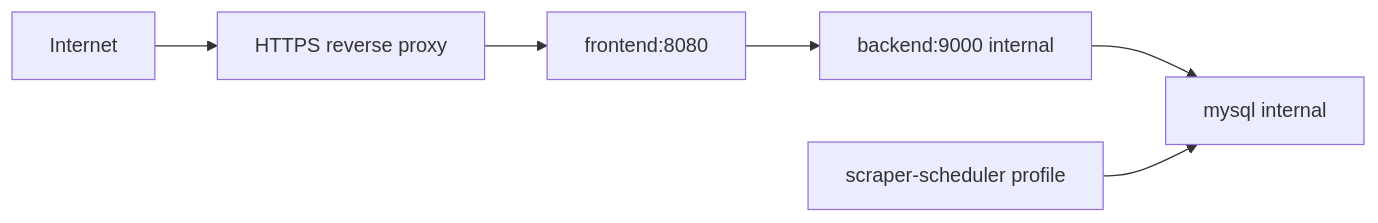
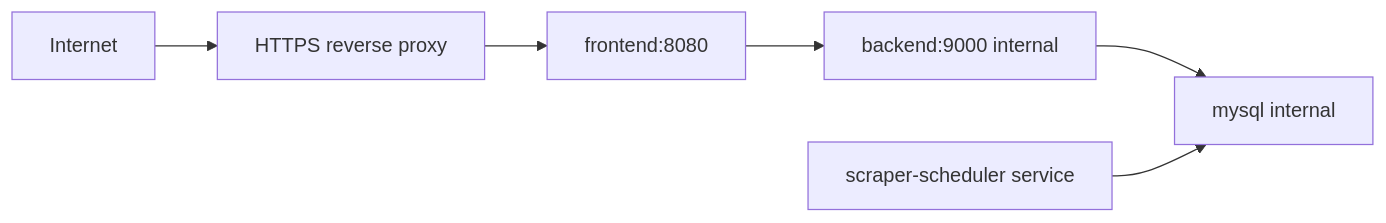
The diagram in docs/deployment.md (ChaddBrenner/ElonMealsDB), drawn with Mermaid before and after one commit. The commit also changed other lines of this file and 12 other files, not shown here.

Commit message:
Run scraper scheduler by default

````diff
--- a/docs/deployment.md
+++ b/docs/deployment.md
@@ -7,8 +7,8 @@
 ```mermaid
 flowchart LR
   Internet["Internet"] --> Proxy["HTTPS reverse proxy"]
   Proxy --> Frontend["frontend:8080"]
   Frontend --> Backend["backend:9000 internal"]
   Backend --> MySQL["mysql internal"]
-  Scheduler["scraper-scheduler profile"] --> MySQL
+  Scheduler["scraper-scheduler service"] --> MySQL
 ```
````
